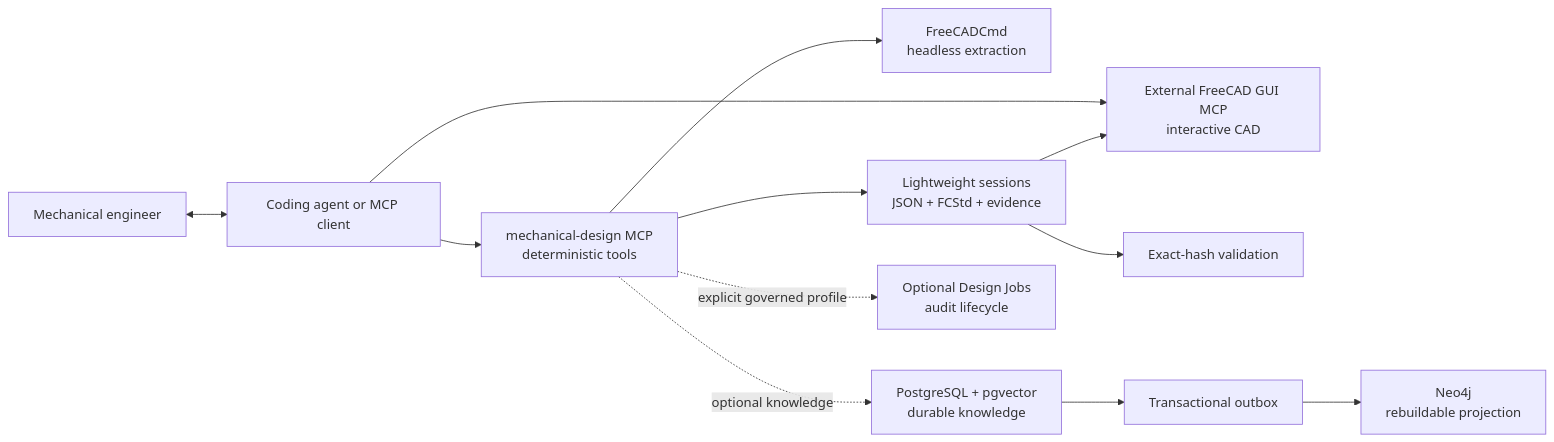
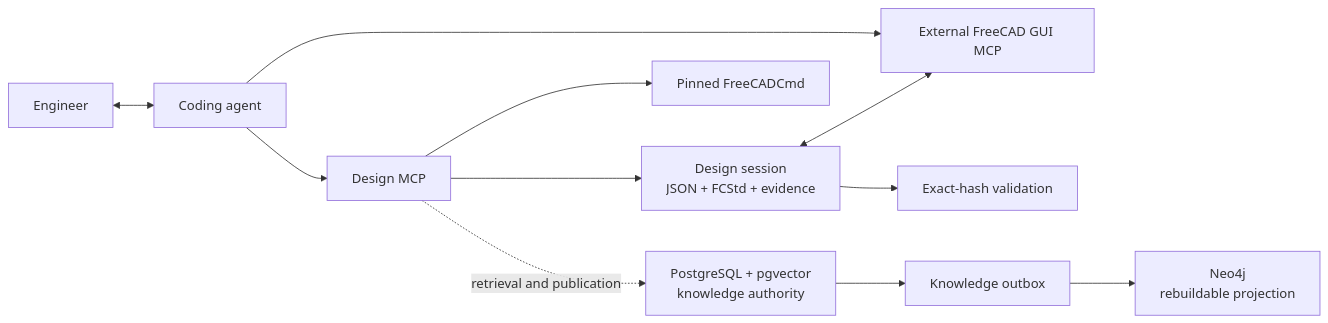
One commit to Milkdomeda/ai-mechanical-3dcad-design-agent changed the diagram in docs/ARCHITECTURE.md. Above: the diagram before and after it, drawn with Mermaid. The commit also changed other lines of this file and 148 other files, not shown here.

Commit message:
refactor: establish the normal CAD design process

````diff
--- a/docs/ARCHITECTURE.md
+++ b/docs/ARCHITECTURE.md
@@ -3,14 +3,13 @@
 ```mermaid
 flowchart LR
-  Engineer["Mechanical engineer"] <--> Agent["Coding agent or MCP client"]
-  Agent --> MD["mechanical-design MCP<br/>deterministic tools"]
-  Agent --> GUI["External FreeCAD GUI MCP<br/>interactive CAD"]
-  MD --> CMD["FreeCADCmd<br/>headless extraction"]
-  MD --> Sessions["Lightweight sessions<br/>JSON + FCStd + evidence"]
-  Sessions --> GUI
-  Sessions --> GV["Exact-hash validation"]
-  MD -. optional knowledge .-> PG["PostgreSQL + pgvector<br/>durable knowledge"]
-  PG --> Outbox["Transactional outbox"]
+  User["Engineer"] <--> Agent["Coding agent"]
+  Agent --> Design["Design MCP"]
+  Agent --> GUI["External FreeCAD GUI MCP"]
+  Design --> Session["Design session<br/>JSON + FCStd + evidence"]
+  Session <--> GUI
+  Design --> CMD["Pinned FreeCADCmd"]
+  Session --> Validation["Exact-hash validation"]
+  Design -. retrieval and publication .-> PG["PostgreSQL + pgvector<br/>knowledge authority"]
+  PG --> Outbox["Knowledge outbox"]
   Outbox --> Neo["Neo4j<br/>rebuildable projection"]
-  MD -. explicit governed profile .-> Jobs["Optional Design Jobs<br/>audit lifecycle"]
 ```
````
